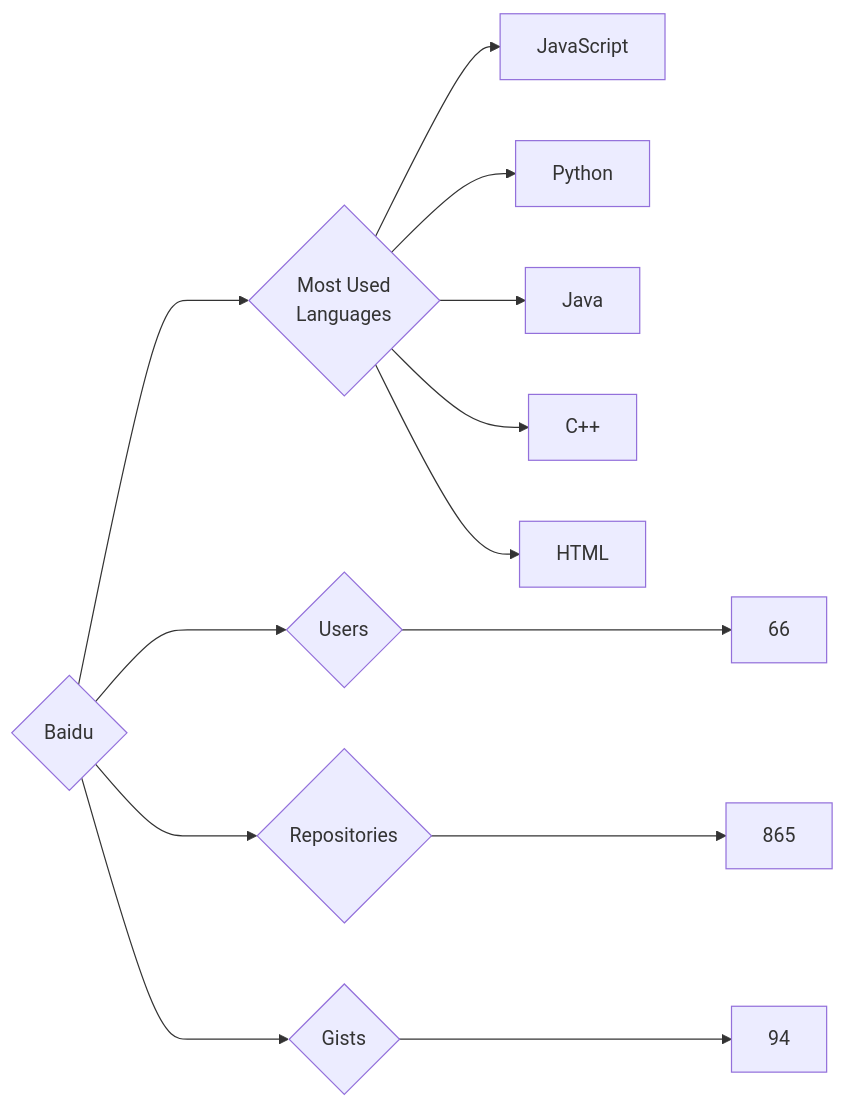
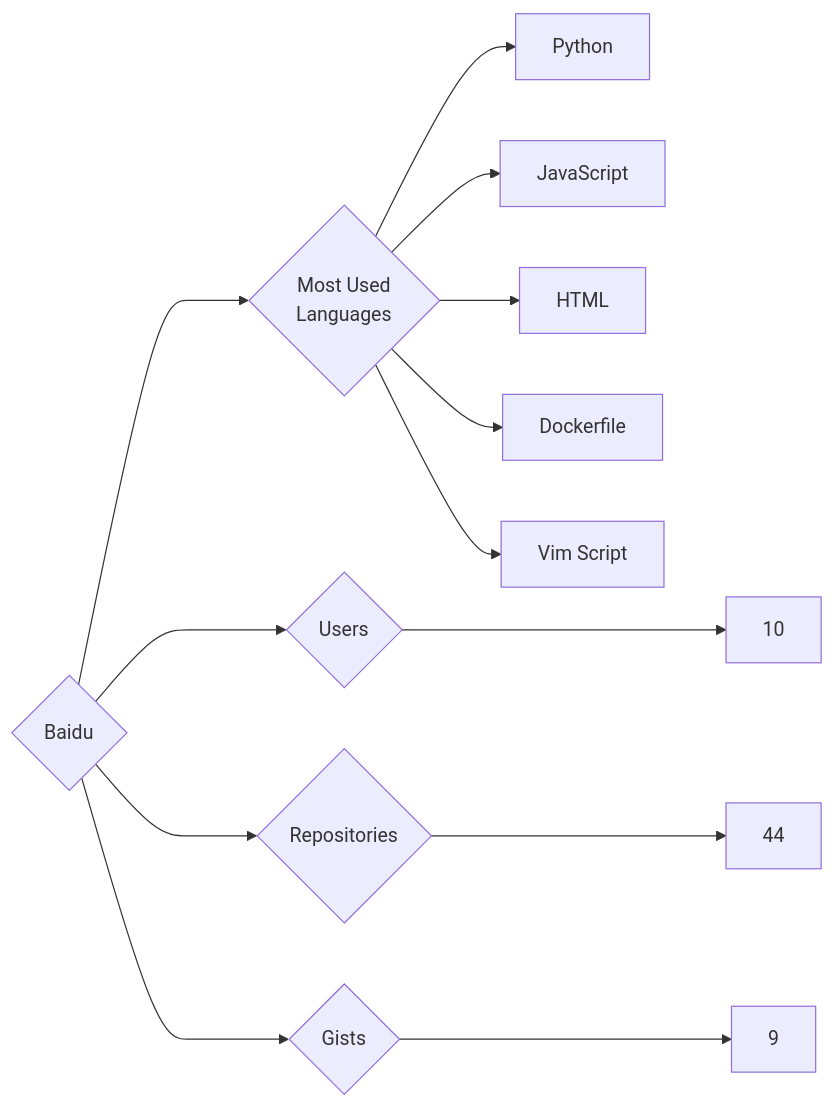
The diagram in targets/Baidu/README.md (trickest/insiders), drawn with Mermaid before and after one commit. The commit also changed 934 other files, not shown here.

````diff
--- a/targets/Baidu/README.md
+++ b/targets/Baidu/README.md
@@ -3,13 +3,13 @@
 ```mermaid
 graph LR
 COMPANY_NAME{Baidu}
-COMPANY_NAME ---> U{Users} ---> UN[66]
-COMPANY_NAME ---> R{Repositories} ---> RN[865]
-COMPANY_NAME ---> G{Gists} ---> GN[94]
+COMPANY_NAME ---> U{Users} ---> UN[10]
+COMPANY_NAME ---> R{Repositories} ---> RN[44]
+COMPANY_NAME ---> G{Gists} ---> GN[9]
 COMPANY_NAME ---> ML{Most Used<br>Languages}
+ML --> Python[Python]
 ML --> JavaScript[JavaScript]
-ML --> Python[Python]
-ML --> Java[Java]
-ML --> C++[C++]
 ML --> HTML[HTML]
+ML --> Dockerfile[Dockerfile]
+ML --> Vim_Script[Vim Script]
 ```
````
